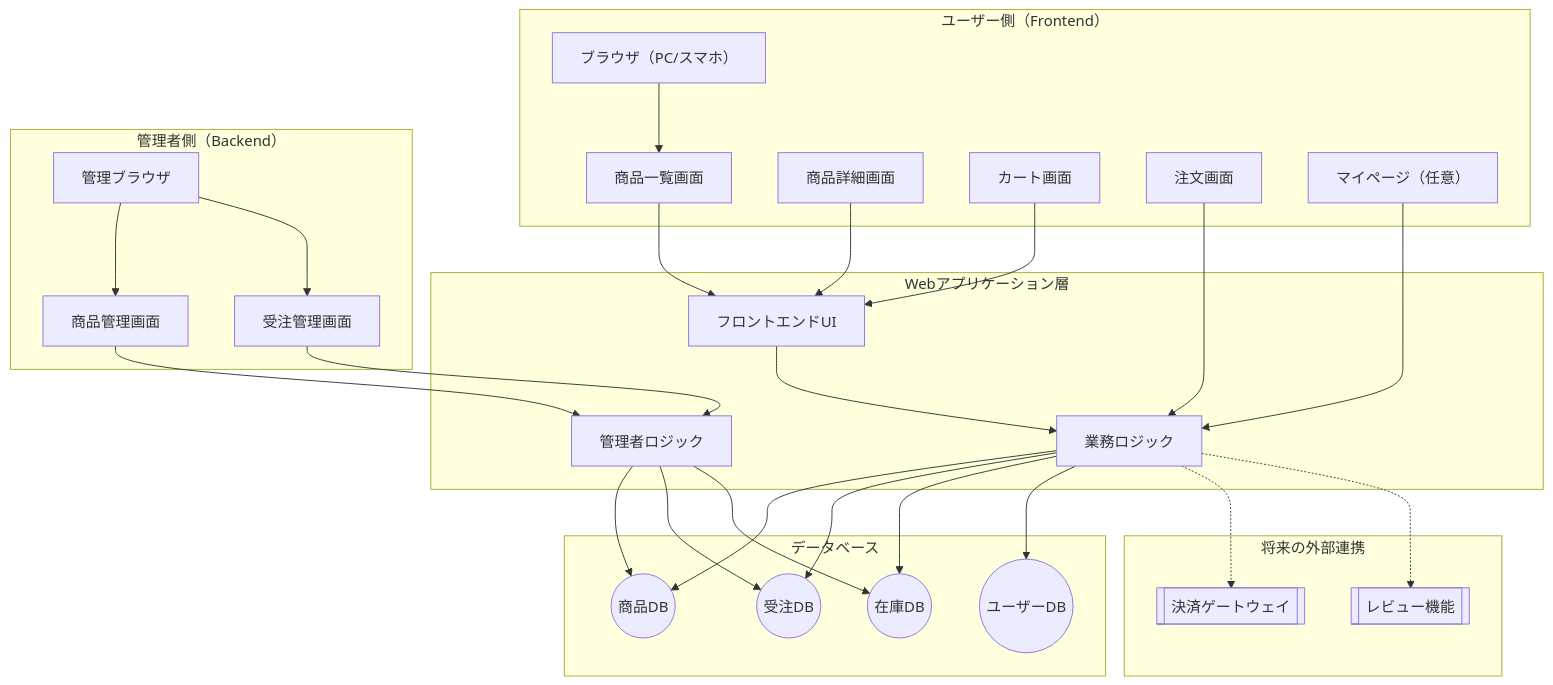
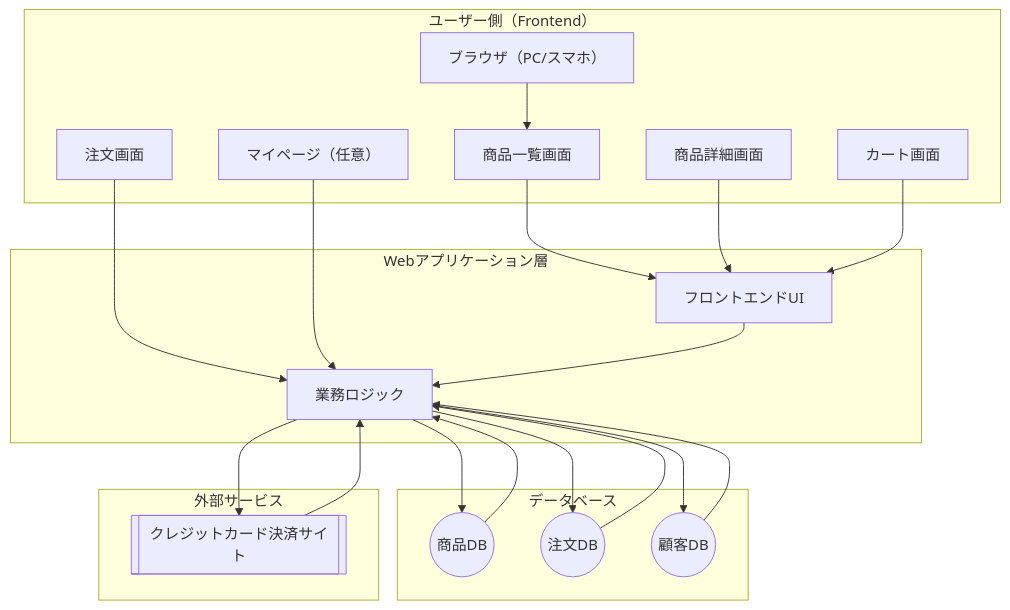
One commit to ainaga09/ACE changed the diagram in 基本設計/システム構成・非機能・運用/システム構成・非機能・運用.md. Above: the diagram before and after it, drawn with Mermaid. The commit also changed other lines of this file, not shown here.

Commit message:
システム構成図変更

````diff
--- a/基本設計/システム構成・非機能・運用/システム構成・非機能・運用.md
+++ b/基本設計/システム構成・非機能・運用/システム構成・非機能・運用.md
@@ -26,67 +26,53 @@
 ```mermaid
 graph TD
 
 %% ユーザー側
 subgraph User["ユーザー側（Frontend）"]
   U1[ブラウザ（PC/スマホ）]
   U2[商品一覧画面]
   U3[商品詳細画面]
   U4[カート画面]
   U5[注文画面]
   U6[マイページ（任意）]
 end
 
-%% 管理者側
-subgraph Admin["管理者側（Backend）"]
-  A1[管理ブラウザ]
-  A2[商品管理画面]
-  A3[受注管理画面]
-end
-
 %% Webアプリケーション
 subgraph App["Webアプリケーション層"]
   W1[フロントエンドUI]
   W2[業務ロジック]
-  W3[管理者ロジック]
 end
 
 %% データベース
 subgraph DB["データベース"]
   D1((商品DB))
-  D2((受注DB))
-  D3((在庫DB))
-  D4((ユーザーDB))
+  D2((注文DB))
+  D3((顧客DB))
 end
 
-%% 将来機能
-subgraph Optional["将来の外部連携"]
-  E1[[決済ゲートウェイ]]
-  E2[[レビュー機能]]
+%% 外部サイト
+subgraph External["外部サービス"]
+  E1[[クレジットカード決済サイト]]
 end
 
 %% 接続
 U1 --> U2
 U2 --> W1
 U3 --> W1
 U4 --> W1
 U5 --> W2
 U6 --> W2
 
-A1 --> A2
-A1 --> A3
-A2 --> W3
-A3 --> W3
-
 W1 --> W2
 W2 --> D1
 W2 --> D2
 W2 --> D3
-W2 --> D4
-W3 --> D1
-W3 --> D2
-W3 --> D3
 
-W2 -.-> E1
-W2 -.-> E2
+W2 --> E1
+
+D1 --> W2
+D2 --> W2
+D3 --> W2
+
+E1 --> W2
 
 ```
````
